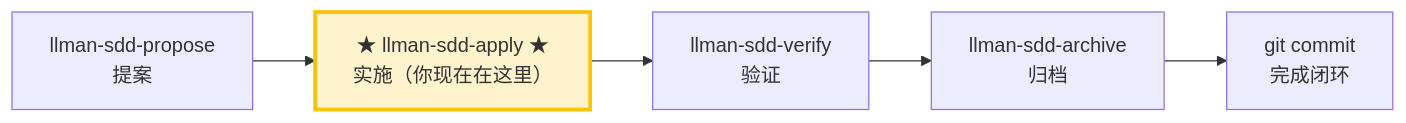
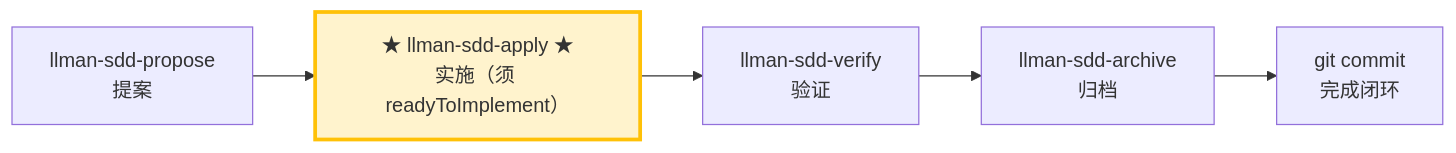
The diagram in templates/sdd/zh-Hans/skills/llman-sdd-apply.md (StrayDragon/llman), drawn with Mermaid before and after one commit. The commit also changed other lines of this file and 24 other files, not shown here.

First line of the commit message:
doc(sdd): hygiene skill templates — drop repo req tags, add git-native mermaid

````diff
--- a/templates/sdd/zh-Hans/skills/llman-sdd-apply.md
+++ b/templates/sdd/zh-Hans/skills/llman-sdd-apply.md
@@ -19,10 +19,10 @@
 ```mermaid
 flowchart LR
     propose["llman-sdd-propose<br/>提案"] --> apply
-    apply["★ llman-sdd-apply ★<br/>实施（你现在在这里）"]
+    apply["★ llman-sdd-apply ★<br/>实施（须 readyToImplement）"]
     apply --> verify["llman-sdd-verify<br/>验证"]
     verify --> archive["llman-sdd-archive<br/>归档"]
     archive --> commit["git commit<br/>完成闭环"]
 
     style apply fill:#fff3cd,stroke:#ffc107,stroke-width:3px
 ```
````
